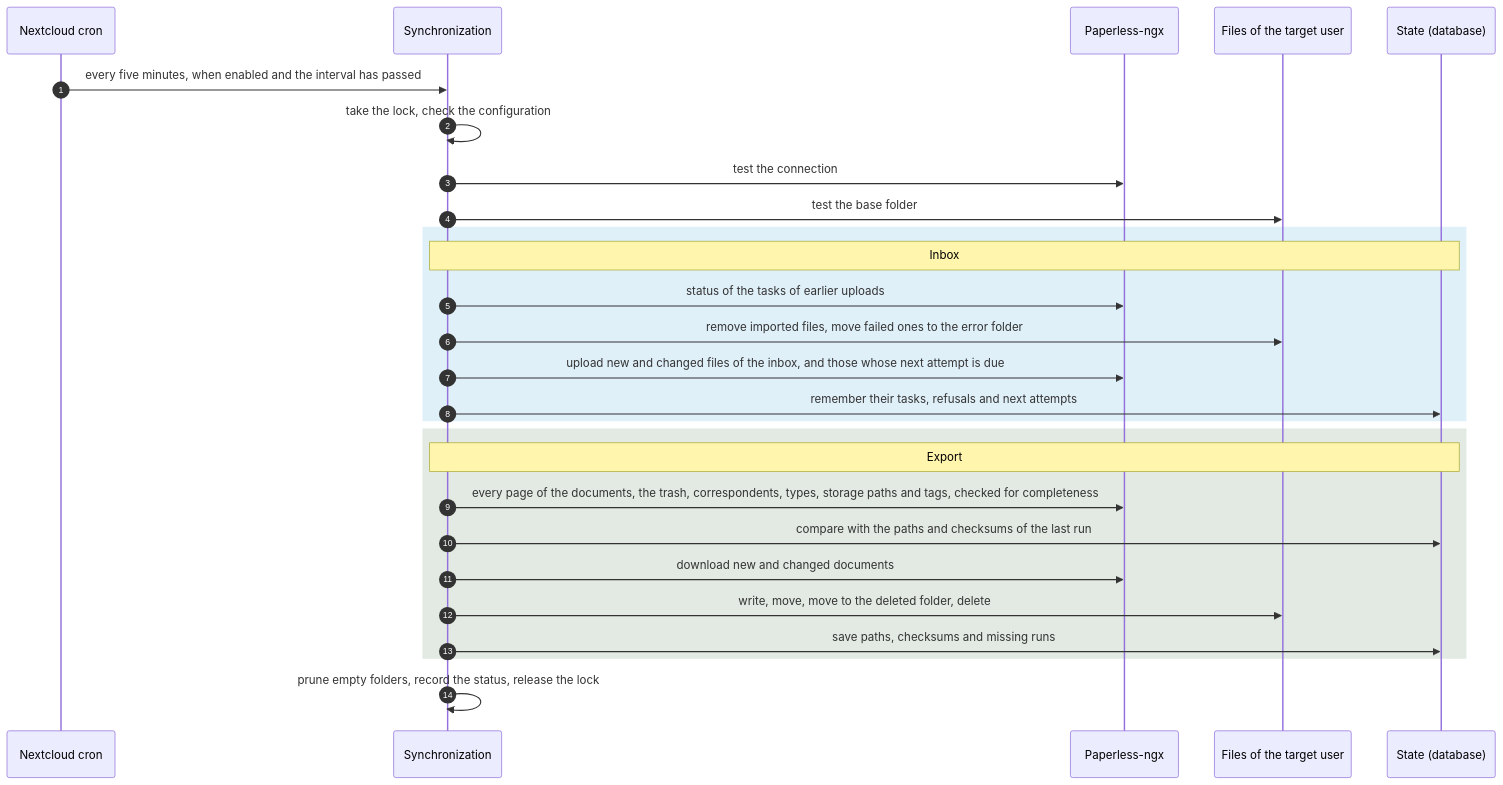
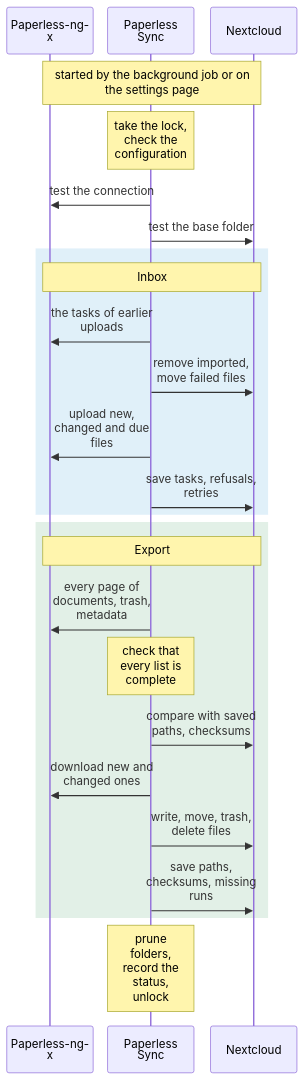
One commit to Dennis-Otto/paperless-sync changed the third of 3 diagrams in docs/architecture.md. Above: the diagram before and after it, drawn with Mermaid. The commit also changed other lines of this file and 4 other files, not shown here.

First line of the commit message:
docs: readable and accessible diagrams on the website (#100)

````diff
--- a/docs/architecture.md
+++ b/docs/architecture.md
@@ -54,29 +98,37 @@
 ```mermaid
+---
+config:
+  sequence:
+    wrap: true
+    width: 120
+    actorMargin: 20
+    diagramMarginX: 8
+---
 sequenceDiagram
-    autonumber
-    participant Cron as Nextcloud cron
-    participant Sync as Synchronization
+    accTitle: One run of the synchronization
+    accDescr: The background job or the settings page starts a run. Paperless Sync takes the lock, checks the configuration, and tests the connection to Paperless-ngx and the base folder in Nextcloud. Inbox: it asks Paperless for the tasks of earlier uploads, removes imported files from Nextcloud and moves failed ones, uploads new, changed and due files to Paperless, and stores their tasks, refusals and retries in the database. Export: it reads every page of the documents, the trash and the metadata from Paperless, checks that every list came back complete, compares their paths and checksums with those in the database, downloads new and changed documents, writes, moves, trashes and deletes their files, and saves paths, checksums and missing runs. Finally it prunes empty folders, records the status and releases the lock.
     participant Paperless as Paperless-ngx
-    participant Files as Files of the target user
-    participant State as State (database)
-    Cron->>Sync: every five minutes, when enabled and the interval has passed
-    Sync->>Sync: take the lock, check the configuration
+    participant Sync as Paperless Sync
+    participant Nextcloud as Nextcloud
+    Note over Paperless,Nextcloud: started by the background job or on the settings page
+    Note over Sync: take the lock, check the configuration
     Sync->>Paperless: test the connection
-    Sync->>Files: test the base folder
+    Sync->>Nextcloud: test the base folder
     rect rgba(0, 130, 201, 0.12)
-        Note over Sync,State: Inbox
-        Sync->>Paperless: status of the tasks of earlier uploads
-        Sync->>Files: remove imported files, move failed ones to the error folder
-        Sync->>Paperless: upload new and changed files of the inbox, and those whose next attempt is due
-        Sync->>State: remember their tasks, refusals and next attempts
+        Note over Paperless,Nextcloud: Inbox
+        Sync->>Paperless: the tasks of earlier uploads
+        Sync->>Nextcloud: remove imported, move failed files
+        Sync->>Paperless: upload new, changed and due files
+        Sync->>Nextcloud: save tasks, refusals, retries
     end
-    rect rgba(23, 84, 31, 0.12)
-        Note over Sync,State: Export
-        Sync->>Paperless: every page of the documents, the trash, correspondents, types, storage paths and tags, checked for completeness
-        Sync->>State: compare with the paths and checksums of the last run
-        Sync->>Paperless: download new and changed documents
-        Sync->>Files: write, move, move to the deleted folder, delete
-        Sync->>State: save paths, checksums and missing runs
+    rect rgba(23, 128, 61, 0.12)
+        Note over Paperless,Nextcloud: Export
+        Sync->>Paperless: every page of documents, trash, metadata
+        Note over Sync: check that every list is complete
+        Sync->>Nextcloud: compare with saved paths, checksums
+        Sync->>Paperless: download new and changed ones
+        Sync->>Nextcloud: write, move, trash, delete files
+        Sync->>Nextcloud: save paths, checksums, missing runs
     end
-    Sync->>Sync: prune empty folders, record the status, release the lock
+    Note over Sync: prune folders, record the status, unlock
 ```
````
